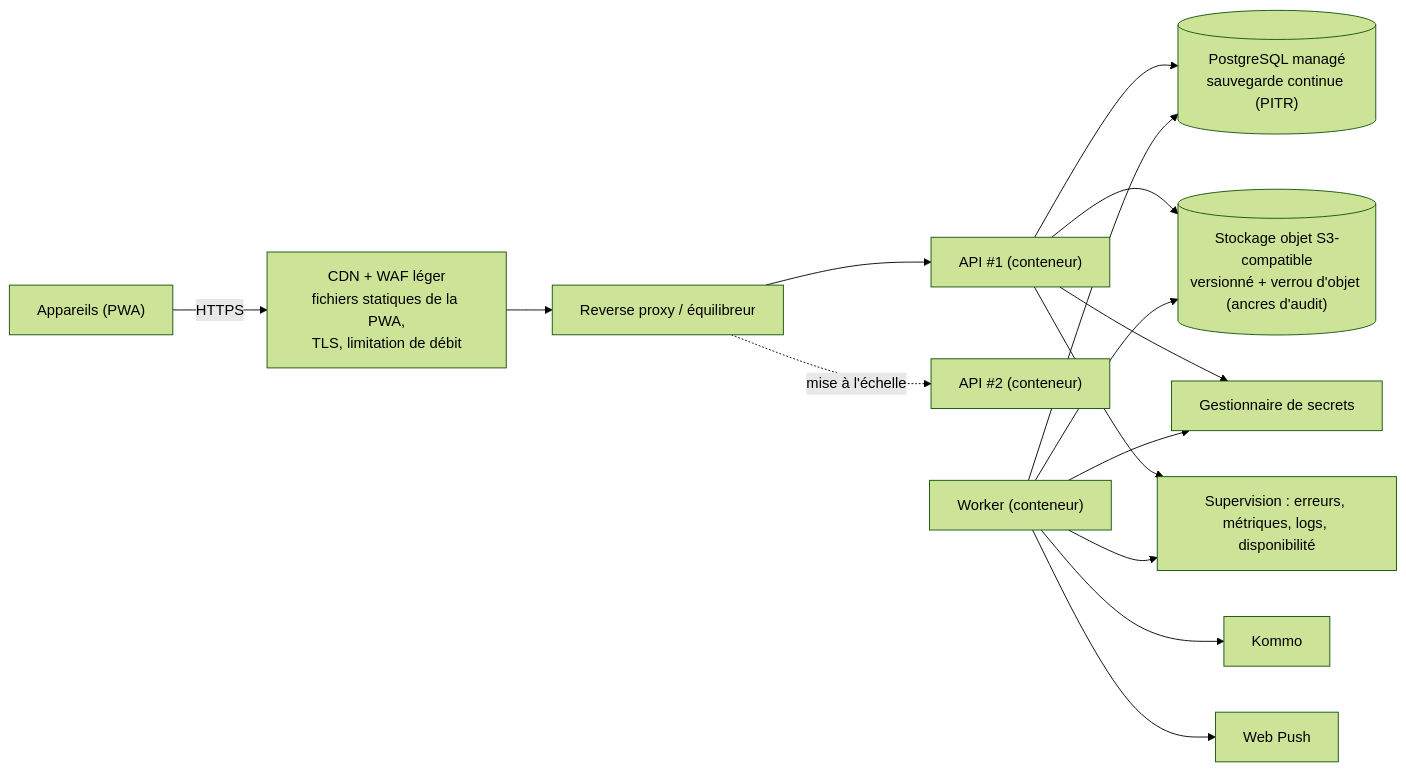
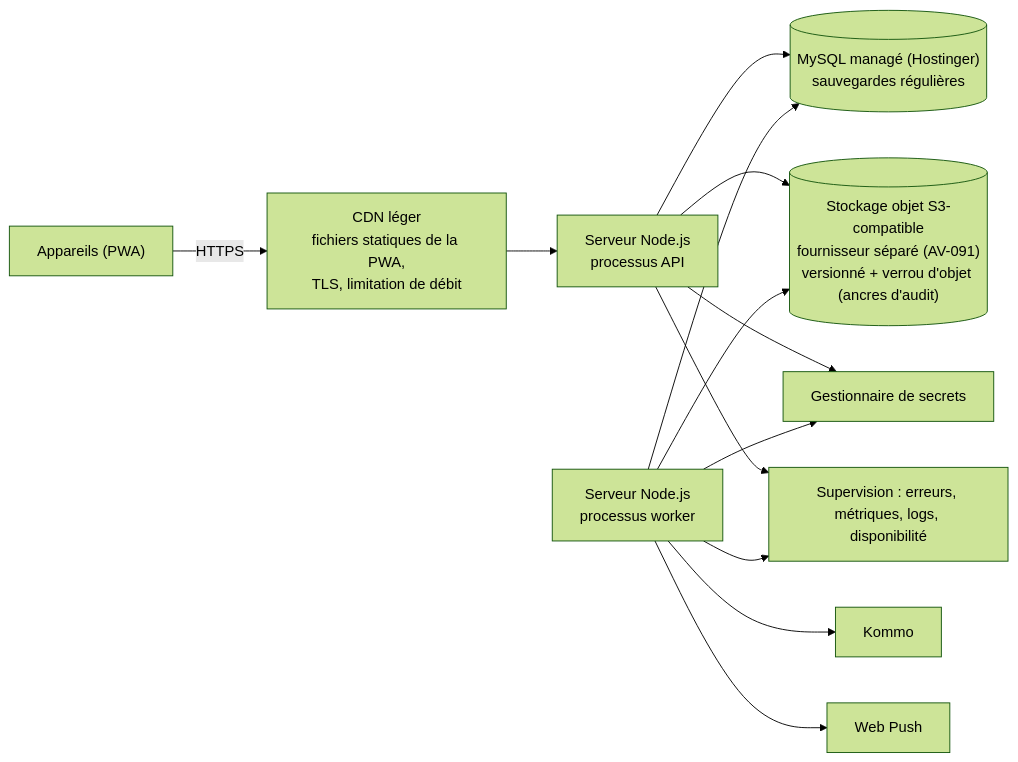
Before and after one commit to romiall/app.gic-agropelc: the diagram in docs/05-architecture/04-deploiement.md, drawn with Mermaid (forest theme). The commit also changed other lines of this file and 39 other files, not shown here.

````diff
--- a/docs/05-architecture/04-deploiement.md
+++ b/docs/05-architecture/04-deploiement.md
@@ -17,18 +18,16 @@
 ```mermaid
 flowchart LR
-  U["Appareils (PWA)"] -- HTTPS --> CDN["CDN + WAF léger<br/>fichiers statiques de la PWA,<br/>TLS, limitation de débit"]
-  CDN --> LB["Reverse proxy / équilibreur"]
-  LB --> API1["API #1 (conteneur)"]
-  LB -.mise à l'échelle.-> API2["API #2 (conteneur)"]
-  WRK["Worker (conteneur)"]
-  API1 --> PG[("PostgreSQL managé<br/>sauvegarde continue (PITR)")]
-  WRK --> PG
-  API1 --> S3[("Stockage objet S3-compatible<br/>versionné + verrou d'objet (ancres d'audit)")]
-  WRK --> S3
+  U["Appareils (PWA)"] -- HTTPS --> CDN["CDN léger<br/>fichiers statiques de la PWA,<br/>TLS, limitation de débit"]
+  CDN --> API1["Serveur Node.js<br/>processus API"]
+  WRK["Serveur Node.js<br/>processus worker"]
+  API1 --> DB[("MySQL managé (Hostinger)<br/>sauvegardes régulières")]
+  WRK --> DB
+  API1 --> OBJ[("Stockage objet S3-compatible<br/>fournisseur séparé (AV-091)<br/>versionné + verrou d'objet (ancres d'audit)")]
+  WRK --> OBJ
   API1 --> SM["Gestionnaire de secrets"]
   WRK --> SM
   WRK --> KOMMO["Kommo"]
   WRK --> PUSH["Web Push"]
   API1 --> OBS["Supervision : erreurs, métriques, logs, disponibilité"]
   WRK --> OBS
 ```
````
